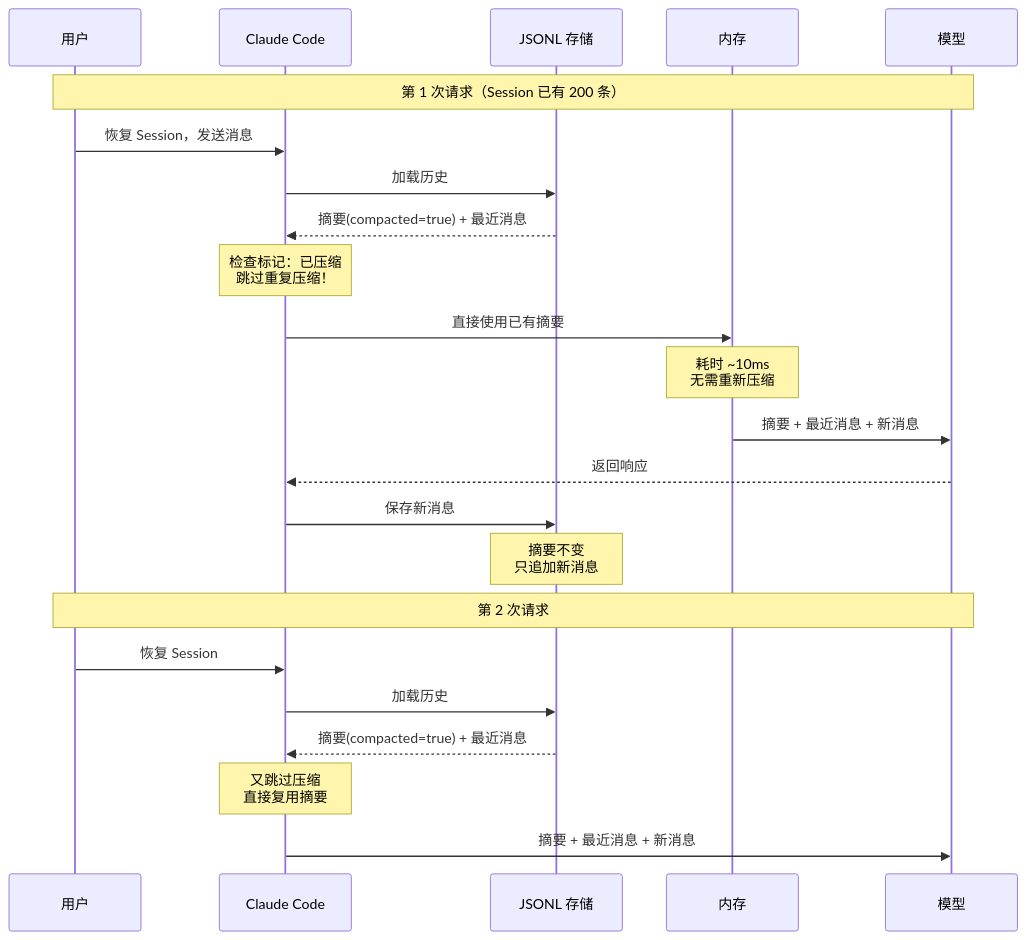
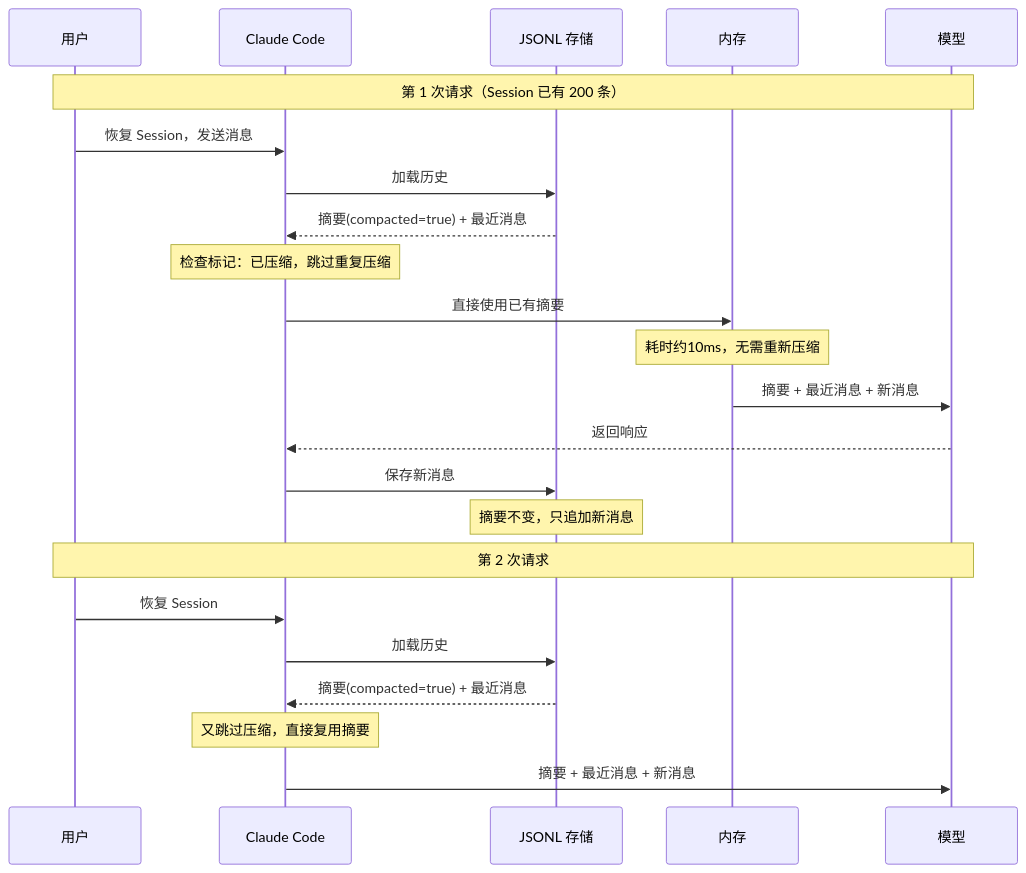
Before and after one commit to xiaocaipi/mm-doc: diagram 11 of 17 in tmp/claude_memory_session_compaction_guide.md, drawn with Mermaid. The commit also changed other lines of this file, not shown here.

````diff
--- a/tmp/claude_memory_session_compaction_guide.md
+++ b/tmp/claude_memory_session_compaction_guide.md
@@ -622,29 +618,29 @@
 ```mermaid
 sequenceDiagram
     participant User as 用户
     participant SDK as Claude Code
     participant JSONL as JSONL 存储
     participant Memory as 内存
     participant Model as 模型
 
     Note over User,Model: 第 1 次请求（Session 已有 200 条）
 
     User->>SDK: 恢复 Session，发送消息
     SDK->>JSONL: 加载历史
     JSONL-->>SDK: 摘要(compacted=true) + 最近消息
-    Note over SDK: 检查标记：已压缩<br/>跳过重复压缩！
+    Note over SDK: 检查标记：已压缩，跳过重复压缩
     SDK->>Memory: 直接使用已有摘要
-    Note over Memory: 耗时 ~10ms<br/>无需重新压缩
+    Note over Memory: 耗时约10ms，无需重新压缩
     Memory->>Model: 摘要 + 最近消息 + 新消息
     Model-->>SDK: 返回响应
     SDK->>JSONL: 保存新消息
-    Note over JSONL: 摘要不变<br/>只追加新消息
+    Note over JSONL: 摘要不变，只追加新消息
 
     Note over User,Model: 第 2 次请求
 
     User->>SDK: 恢复 Session
     SDK->>JSONL: 加载历史
     JSONL-->>SDK: 摘要(compacted=true) + 最近消息
-    Note over SDK: 又跳过压缩<br/>直接复用摘要
+    Note over SDK: 又跳过压缩，直接复用摘要
     SDK->>Model: 摘要 + 最近消息 + 新消息
 ```
````
